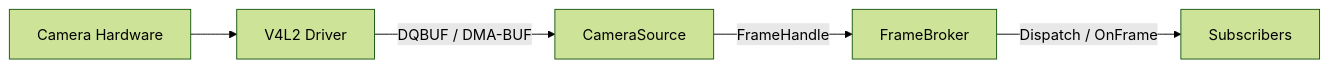
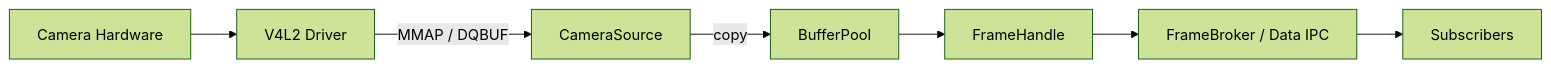
One commit to SuycxZMZ/CameraSubsystem changed the second of 2 diagrams in README.md. Above: the diagram before and after it, drawn with Mermaid (forest theme). The commit also changed other lines of this file and 8 other files, not shown here.

````diff
--- a/README.md
+++ b/README.md
@@ -226,7 +124,9 @@
 ```mermaid
 flowchart LR
-    Hardware["Camera Hardware"] --> Driver["V4L2 Driver"]
-    Driver -->|DQBUF / DMA-BUF| Source["CameraSource"]
-    Source -->|FrameHandle| Broker["FrameBroker"]
-    Broker -->|Dispatch / OnFrame| Subscribers["Subscribers"]
+    Camera["Camera Hardware"] --> V4L2["V4L2 Driver"]
+    V4L2 -->|MMAP / DQBUF| Source["CameraSource"]
+    Source -->|copy| Pool["BufferPool"]
+    Pool --> Frame["FrameHandle"]
+    Frame --> Broker["FrameBroker / Data IPC"]
+    Broker --> Consumer["Subscribers"]
 ```
````
